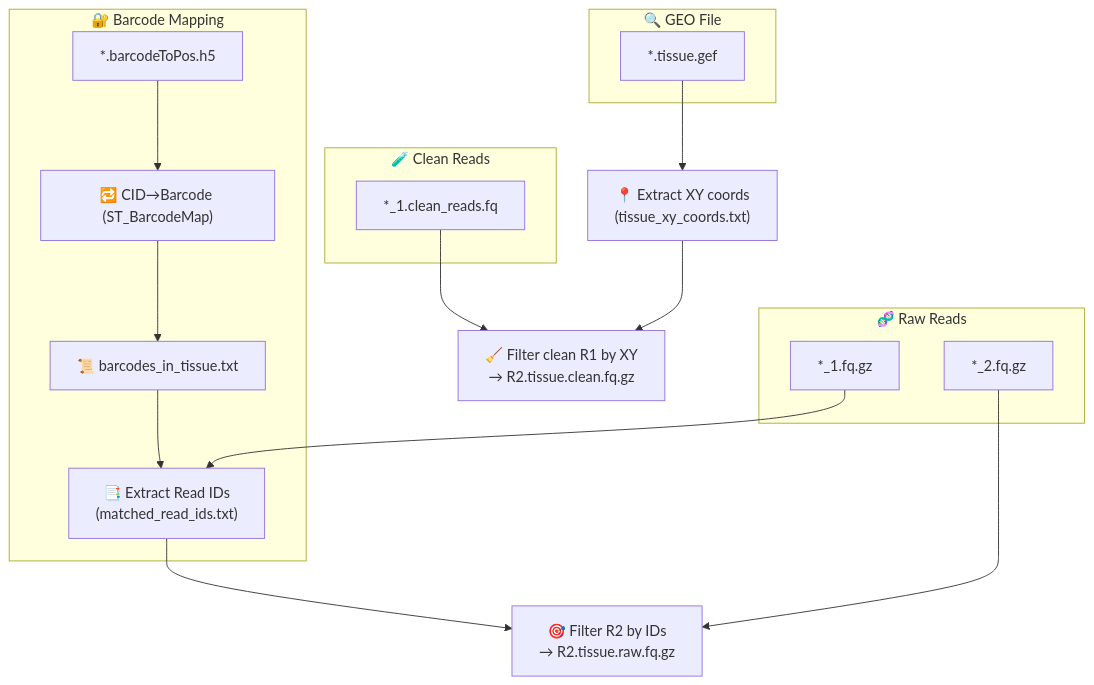
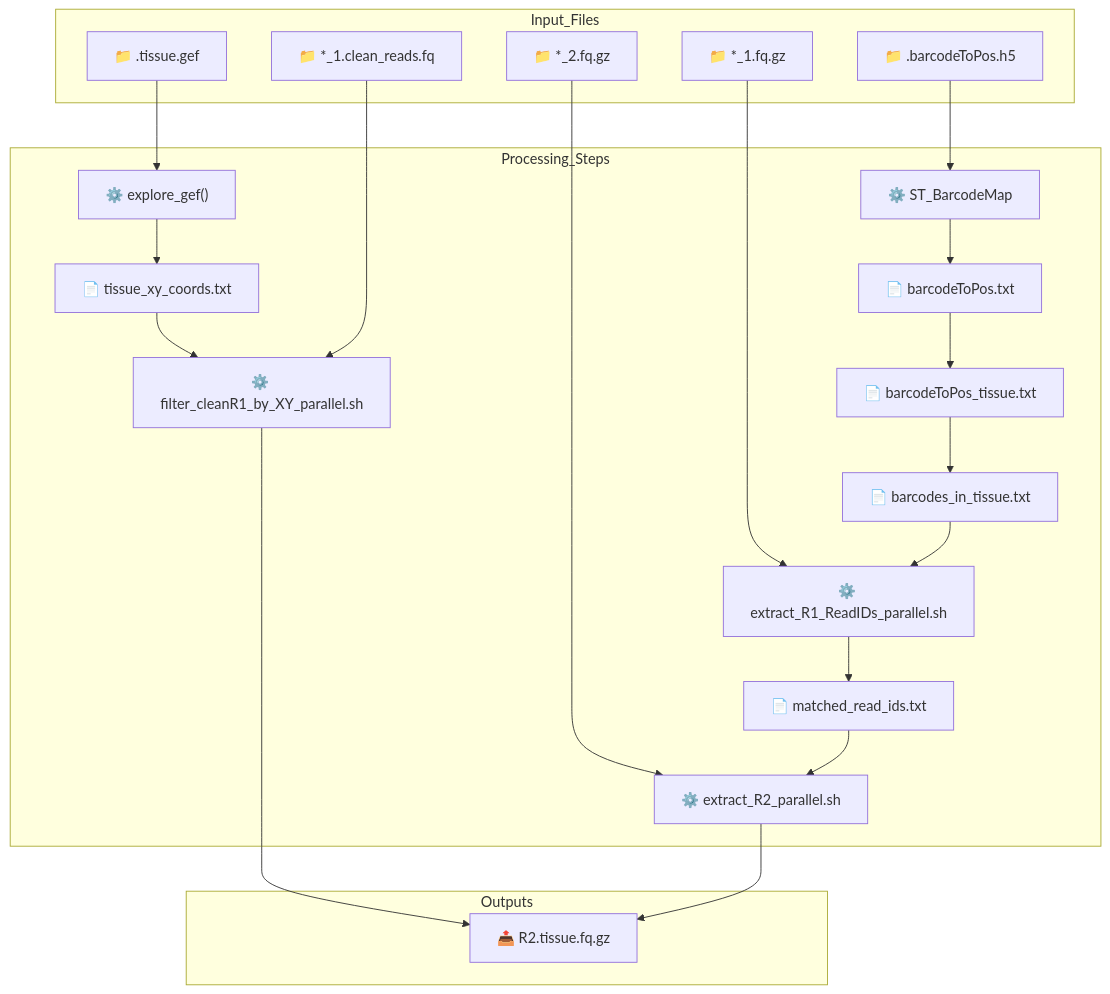
Before and after one commit to LabOnoM/DK.BeesGO: the diagram in source/content/Dry/Software Engineering/Extract Tissue CIDs from Stereo-seq.md, drawn with Mermaid. The commit also changed other lines of this file and 1 other file, not shown here.

````diff
--- a/source/content/Dry/Software Engineering/Extract Tissue CIDs from Stereo-seq.md
+++ b/source/content/Dry/Software Engineering/Extract Tissue CIDs from Stereo-seq.md
@@ -65,30 +636,36 @@
 ```mermaid
 flowchart TD
-    subgraph A[🔍 GEO File]
-        A1["*.tissue.gef"]
-    end
+  subgraph Input_Files
+    A1["📁 <SN>.tissue.gef"]
+    A2["📁 <SN>.barcodeToPos.h5"]
+    A3["📁 *_1.clean_reads.fq"]
+    A4["📁 *_1.fq.gz"]
+    A5["📁 *_2.fq.gz"]
+  end
 
-    subgraph B[🧪 Clean Reads]
-        B1["*_1.clean_reads.fq"]
-    end
+  subgraph Processing_Steps
+    B1["⚙️ explore_gef()"]
+    B2["📄 tissue_xy_coords.txt"]
+    B3["⚙️ ST_BarcodeMap"]
+    B4["📄 barcodeToPos.txt"]
+    B5["📄 barcodeToPos_tissue.txt"]
+    B6["📄 barcodes_in_tissue.txt"]
+    B7["⚙️ filter_cleanR1_by_XY_parallel.sh"]
+    B8["⚙️ extract_R1_ReadIDs_parallel.sh"]
+    B9["📄 matched_read_ids.txt"]
+    B10["⚙️ extract_R2_parallel.sh"]
+  end
 
-    subgraph C[🧬 Raw Reads]
-        C1["*_1.fq.gz"]
-        C2["*_2.fq.gz"]
-    end
+  subgraph Outputs
+    C1["📤 R2.tissue.fq.gz"]
+  end
 
-    A1 --> D1["📍 Extract XY coords<br/>(tissue_xy_coords.txt)"]
-    B1 --> E1["🧹 Filter clean R1 by XY<br/>→ R2.tissue.clean.fq.gz"]
-    D1 --> E1
-
-    subgraph D[🔐 Barcode Mapping]
-        F1["*.barcodeToPos.h5"]
-        F1 --> G1["🔁 CID→Barcode (ST_BarcodeMap)"]
-        G1 --> H1["📜 barcodes_in_tissue.txt"]
-        H1 --> I1["📑 Extract Read IDs<br/>(matched_read_ids.txt)"]
-        C1 --> I1
-    end
-
-    I1 --> J1["🎯 Filter R2 by IDs<br/>→ R2.tissue.raw.fq.gz"]
-    C2 --> J1
+  A1 --> B1 --> B2
+  A2 --> B3 --> B4 --> B5 --> B6
+  B2 --> B7 --> C1
+  A3 --> B7
+  A4 --> B8 --> B9
+  B6 --> B8
+  A5 --> B10
+  B9 --> B10 --> C1
 ```
````
